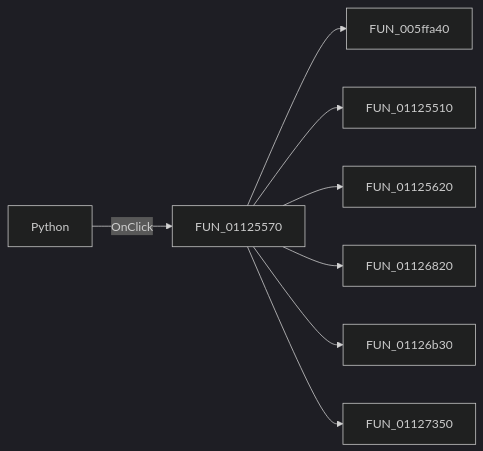
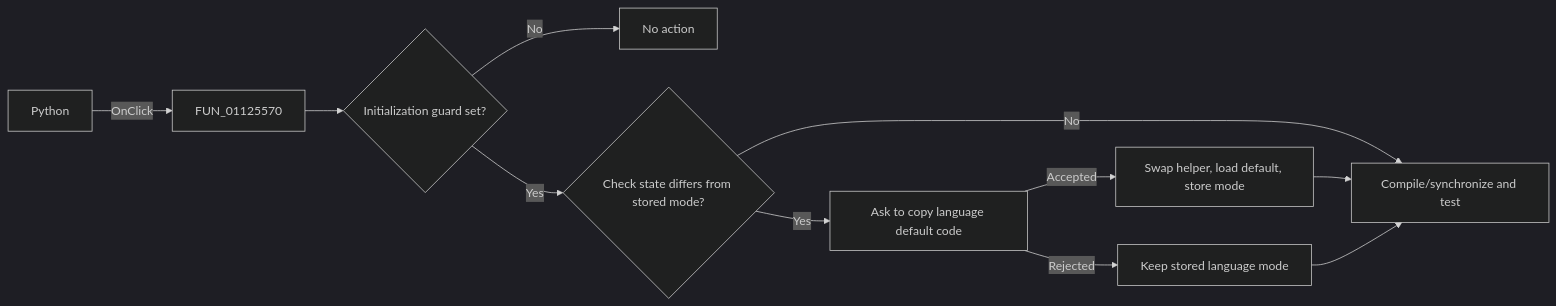
One commit to MovGP0/TIARA changed the diagram in docs/ui-controls/signaleditordlg/cbpython-06f0e35d17.md. Above: the diagram before and after it, drawn with Mermaid (dark theme). The commit also changed other lines of this file and 1062 other files, not shown here.

````diff
--- a/docs/ui-controls/signaleditordlg/cbpython-06f0e35d17.md
+++ b/docs/ui-controls/signaleditordlg/cbpython-06f0e35d17.md
@@ -27,10 +35,13 @@
 ```mermaid
 flowchart LR
-    control["Python"] -->|OnClick| handler["FUN_01125570"]
-    handler --> call1["FUN_005ffa40"]
-    handler --> call2["FUN_01125510"]
-    handler --> call3["FUN_01125620"]
-    handler --> call4["FUN_01126820"]
-    handler --> call5["FUN_01126b30"]
-    handler --> call6["FUN_01127350"]
+    control["Python"] -->|"OnClick"| handler["FUN_01125570"]
+    handler --> ready{"Initialization guard set?"}
+    ready -->|"No"| noop["No action"]
+    ready -->|"Yes"| changed{"Check state differs from stored mode?"}
+    changed -->|"Yes"| prompt["Ask to copy language default code"]
+    prompt -->|"Accepted"| switch["Swap helper, load default, store mode"]
+    prompt -->|"Rejected"| keep["Keep stored language mode"]
+    changed -->|"No"| refresh["Compile/synchronize and test"]
+    switch --> refresh
+    keep --> refresh
 ```
````
